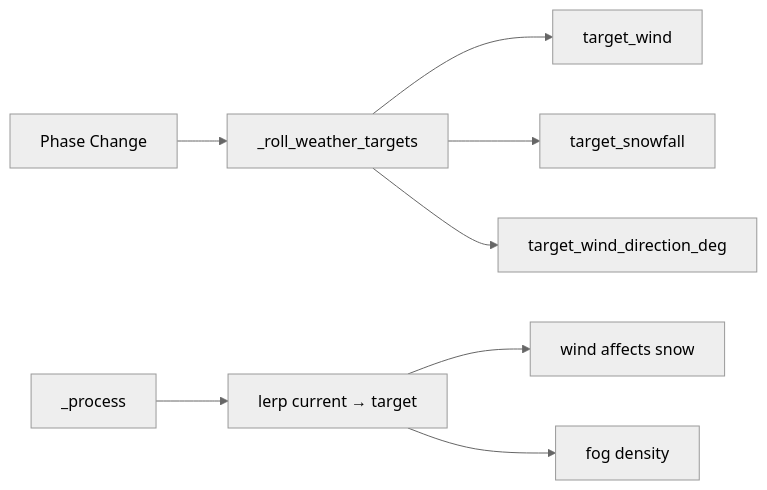
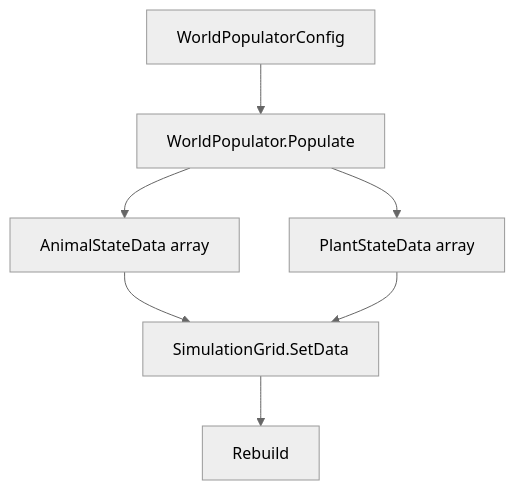
One commit to StevenGann/BiologyGame changed the second of 2 diagrams in docs/world-and-environment.md. Above: the diagram before and after it, drawn with Mermaid (neutral theme). The commit also changed other lines of this file and 12 other files, not shown here.

````diff
--- a/docs/world-and-environment.md
+++ b/docs/world-and-environment.md
@@ -103,11 +39,10 @@
 ```mermaid
-flowchart LR
-    Phase[Phase Change] --> Roll[_roll_weather_targets]
-    Roll --> TargetWind[target_wind]
-    Roll --> TargetSnow[target_snowfall]
-    Roll --> TargetDir[target_wind_direction_deg]
-    
-    _process --> Lerp[lerp current → target]
-    Lerp --> Wind[wind affects snow]
-    Lerp --> Fog[fog density]
+flowchart TD
+    Config[WorldPopulatorConfig]
+    Config --> Populate[WorldPopulator.Populate]
+    Populate --> Animals[AnimalStateData array]
+    Populate --> Plants[PlantStateData array]
+    Animals --> Grid[SimulationGrid.SetData]
+    Plants --> Grid
+    Grid --> Rebuild[Rebuild]
 ```
````
